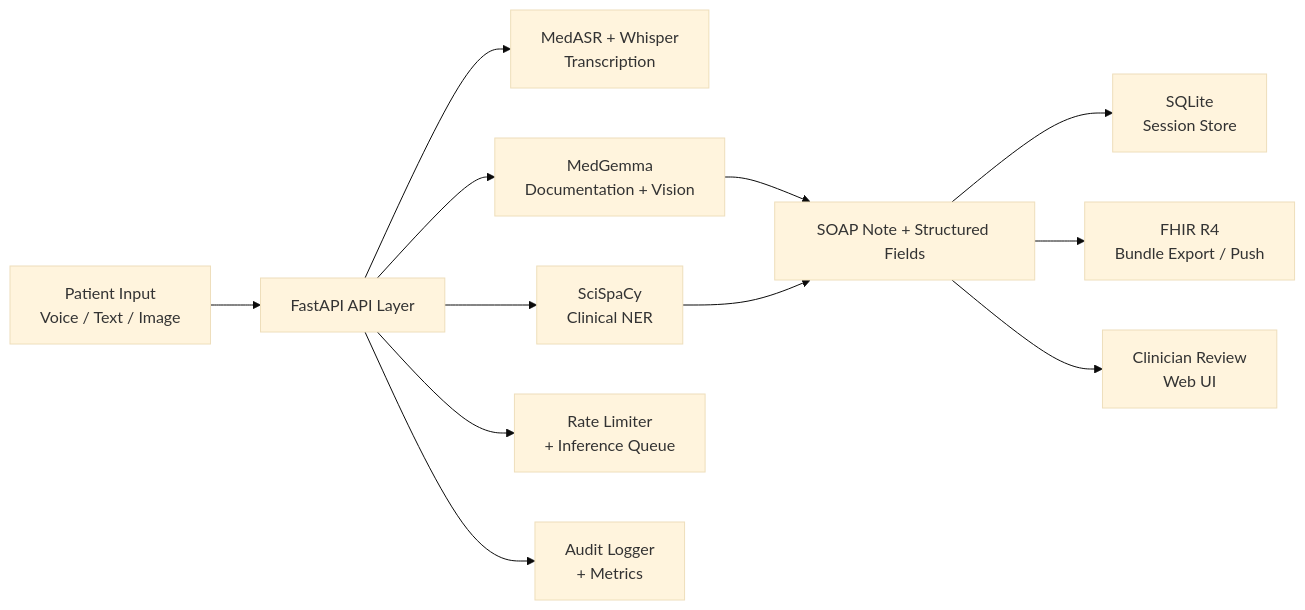
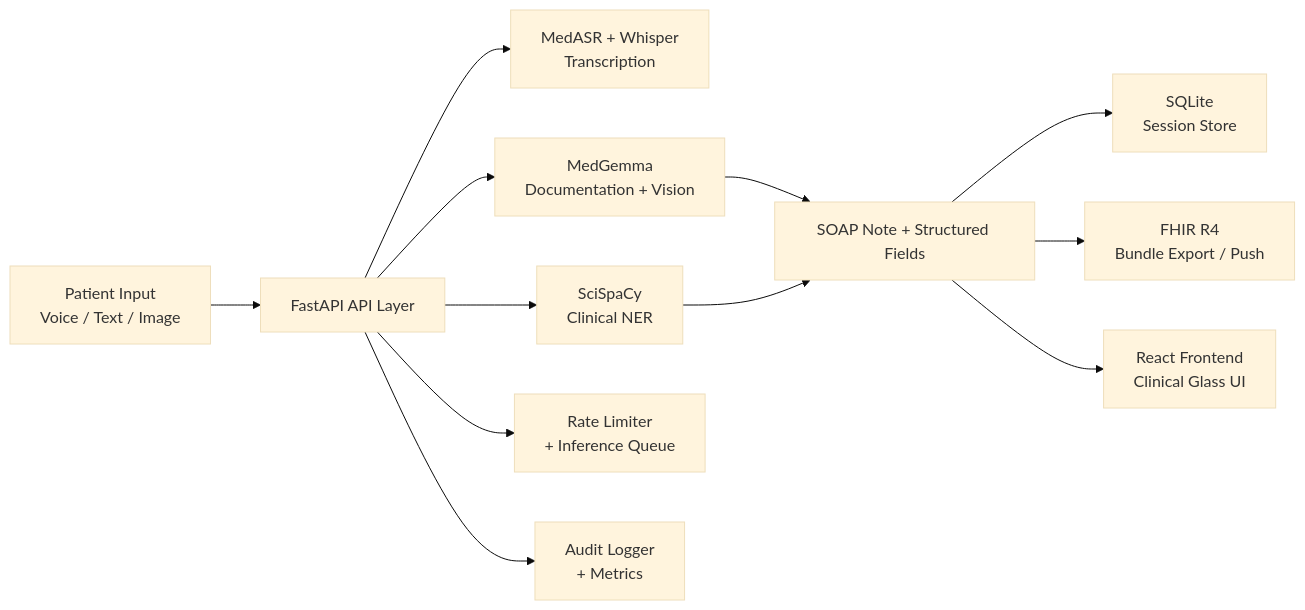
Before and after one commit to JoelJohnsonThomas/voice-symptom-documentation-assistant: the diagram in README.md, drawn with Mermaid (base theme). The commit also changed other lines of this file, not shown here.

````diff
--- a/README.md
+++ b/README.md
@@ -88,14 +94,14 @@
 ```mermaid
 flowchart LR
     A[Patient Input\nVoice / Text / Image] --> B[FastAPI API Layer]
     B --> C[MedASR + Whisper\nTranscription]
     B --> D[MedGemma\nDocumentation + Vision]
     B --> E[SciSpaCy\nClinical NER]
     D --> F[SOAP Note + Structured Fields]
     E --> F
     F --> G[SQLite\nSession Store]
     F --> H[FHIR R4\nBundle Export / Push]
-    F --> I[Clinician Review\nWeb UI]
+    F --> I[React Frontend\nClinical Glass UI]
     B --> J[Rate Limiter\n+ Inference Queue]
     B --> K[Audit Logger\n+ Metrics]
 ```
````
